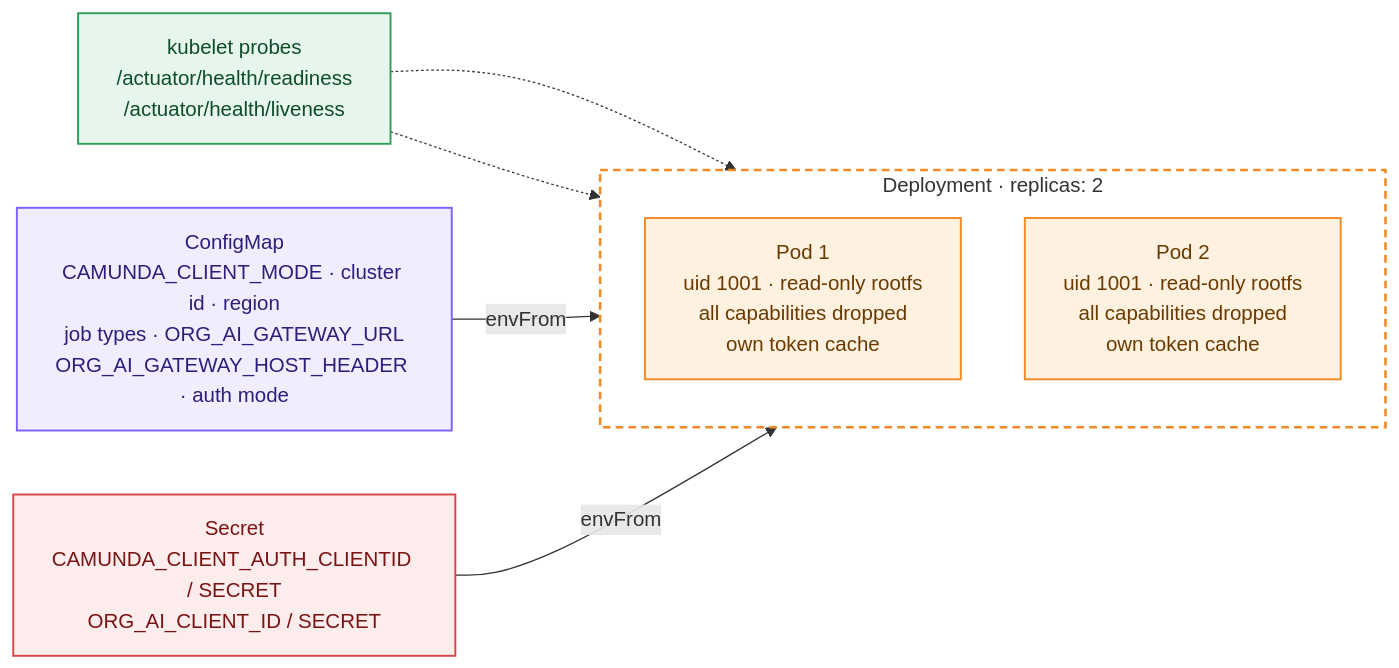
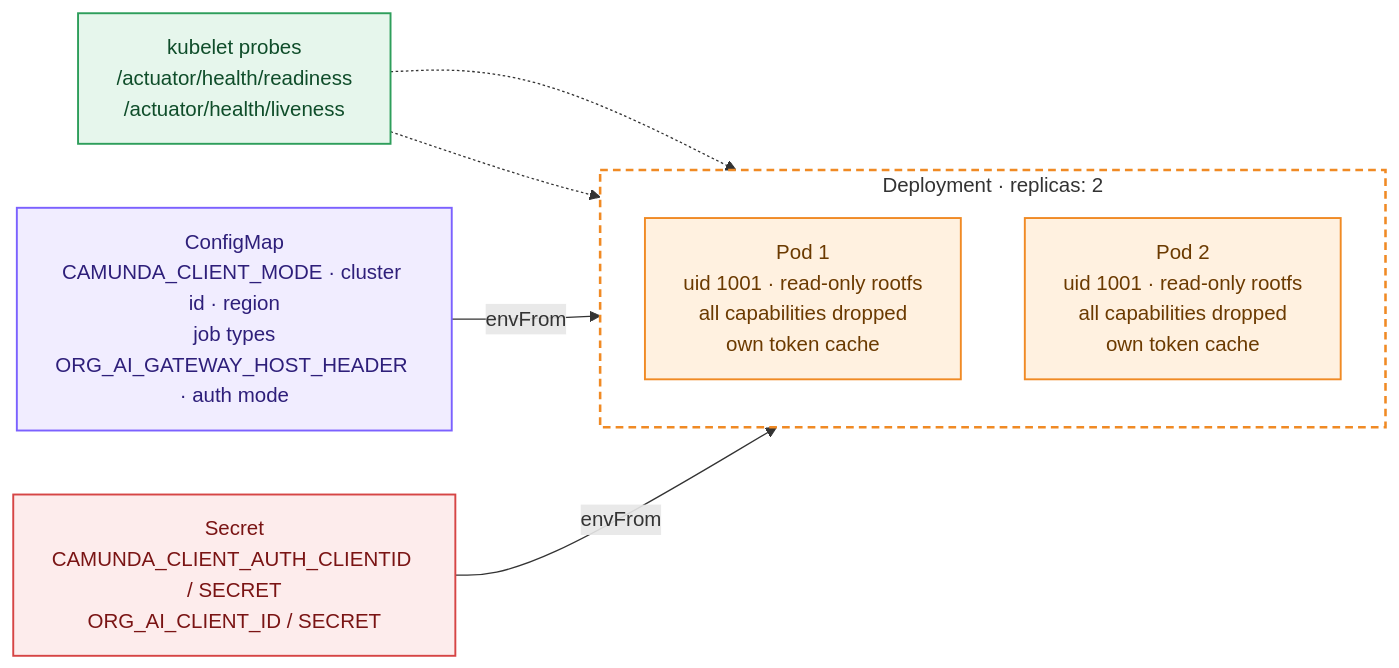
The first of 3 diagrams in docs/DEPLOYMENT.md (pranaykatariya/camunda-custom-bedrock-connector), drawn with Mermaid before and after one commit. The commit also changed other lines of this file and 25 other files, not shown here.

````diff
--- a/docs/DEPLOYMENT.md
+++ b/docs/DEPLOYMENT.md
@@ -58,28 +59,28 @@
 ```mermaid
 flowchart LR
-    cm["ConfigMap<br/>CAMUNDA_CLIENT_MODE · cluster id · region<br/>job types · ORG_AI_GATEWAY_URL<br/>ORG_AI_GATEWAY_HOST_HEADER · auth mode"]
+    cm["ConfigMap<br/>CAMUNDA_CLIENT_MODE · cluster id · region<br/>job types<br/>ORG_AI_GATEWAY_HOST_HEADER · auth mode"]
     secret["Secret<br/>CAMUNDA_CLIENT_AUTH_CLIENTID / SECRET<br/>ORG_AI_CLIENT_ID / SECRET"]
 
     subgraph deployment["Deployment · replicas: 2"]
         direction TB
         pod1["Pod 1<br/>uid 1001 · read-only rootfs<br/>all capabilities dropped<br/>own token cache"]
         pod2["Pod 2<br/>uid 1001 · read-only rootfs<br/>all capabilities dropped<br/>own token cache"]
     end
 
     probes["kubelet probes<br/>/actuator/health/readiness<br/>/actuator/health/liveness"]
 
     cm -- "envFrom" --> deployment
     secret -- "envFrom" --> deployment
     probes -.-> pod1
     probes -.-> pod2
 
     classDef ours fill:#FFF1E0,stroke:#F08A24,stroke-width:1.5px,color:#6B3A00
     classDef ext fill:#E6F6EC,stroke:#2E9E5B,stroke-width:1.5px,color:#0F4D2A
     classDef cfg fill:#F1EDFF,stroke:#7B61FF,stroke-width:1.5px,color:#2E1F7A
     classDef bad fill:#FDECEC,stroke:#D64545,stroke-width:1.5px,color:#7A1414
     class pod1,pod2 ours
     class cm cfg
     class secret bad
     class probes ext
     style deployment fill:transparent,stroke:#F08A24,stroke-width:2px,stroke-dasharray:6 4
 ```
````
